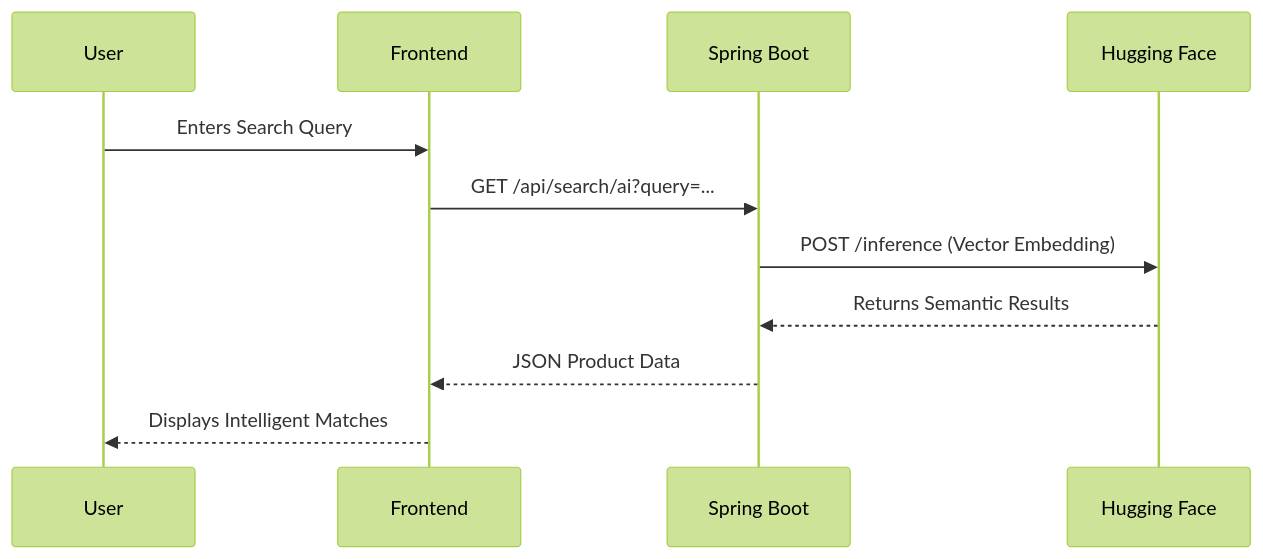
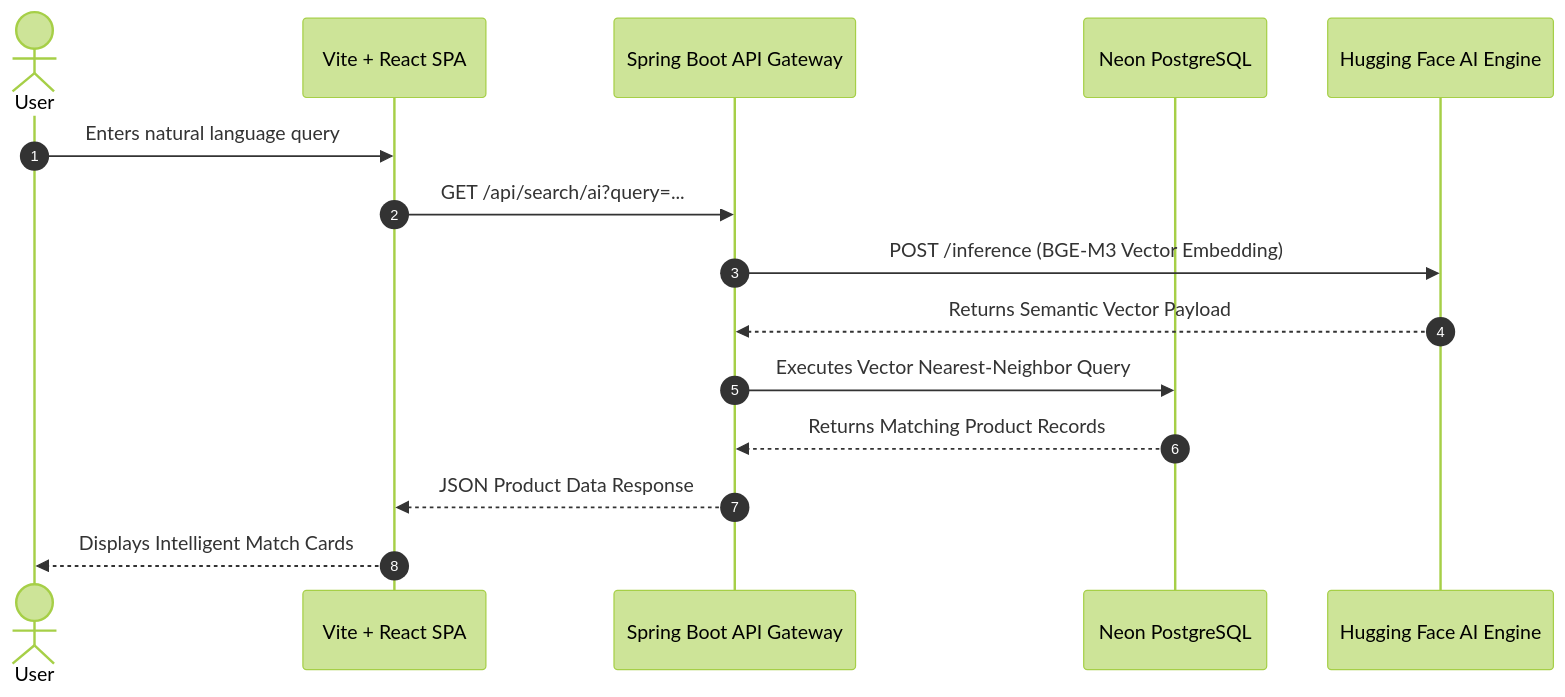
Before and after one commit to yazeed-aljihane/LUXZERA: the second of 2 diagrams in README.md, drawn with Mermaid (forest theme). The commit also changed other lines of this file, not shown here.

Commit message:
docs: update system architecture with Mermaid flowchart and sequence diagram

````diff
--- a/README.md
+++ b/README.md
@@ -11,15 +60,18 @@
 ```mermaid
 sequenceDiagram
-    participant User
-    participant Frontend
-    participant Backend as Spring Boot
-    participant AI as Hugging Face
-    
-    User->>Frontend: Enters Search Query
+    autonumber
+    actor User
+    participant Frontend as Vite + React SPA
+    participant Backend as Spring Boot API Gateway
+    participant DB as Neon PostgreSQL
+    participant AI as Hugging Face AI Engine
+
+    User->>Frontend: Enters natural language query
     Frontend->>Backend: GET /api/search/ai?query=...
-    Backend->>AI: POST /inference (Vector Embedding)
-    AI-->>Backend: Returns Semantic Results
-    Backend-->>Frontend: JSON Product Data
-    Frontend-->>User: Displays Intelligent Matches
-
+    Backend->>AI: POST /inference (BGE-M3 Vector Embedding)
+    AI-->>Backend: Returns Semantic Vector Payload
+    Backend->>DB: Executes Vector Nearest-Neighbor Query
+    DB-->>Backend: Returns Matching Product Records
+    Backend-->>Frontend: JSON Product Data Response
+    Frontend-->>User: Displays Intelligent Match Cards
 ```
````
